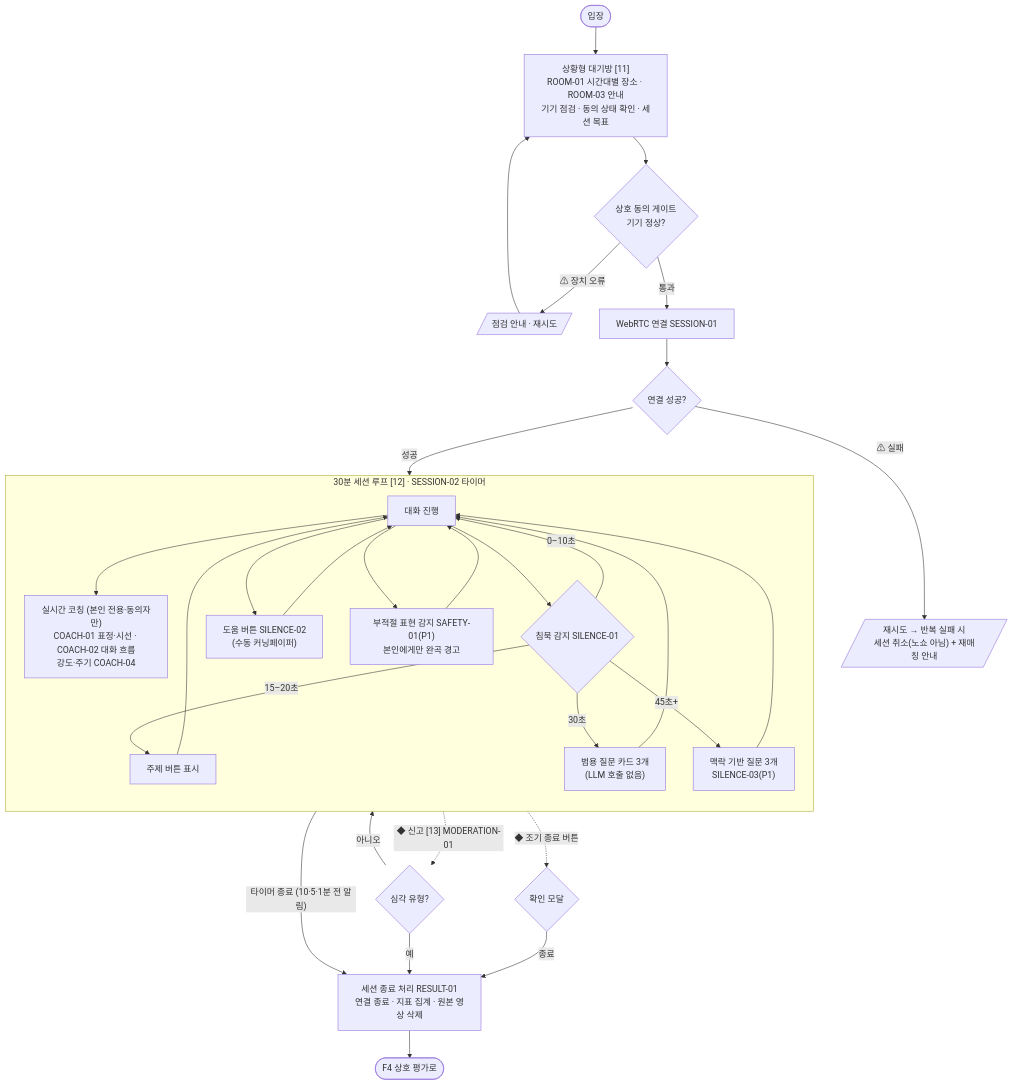
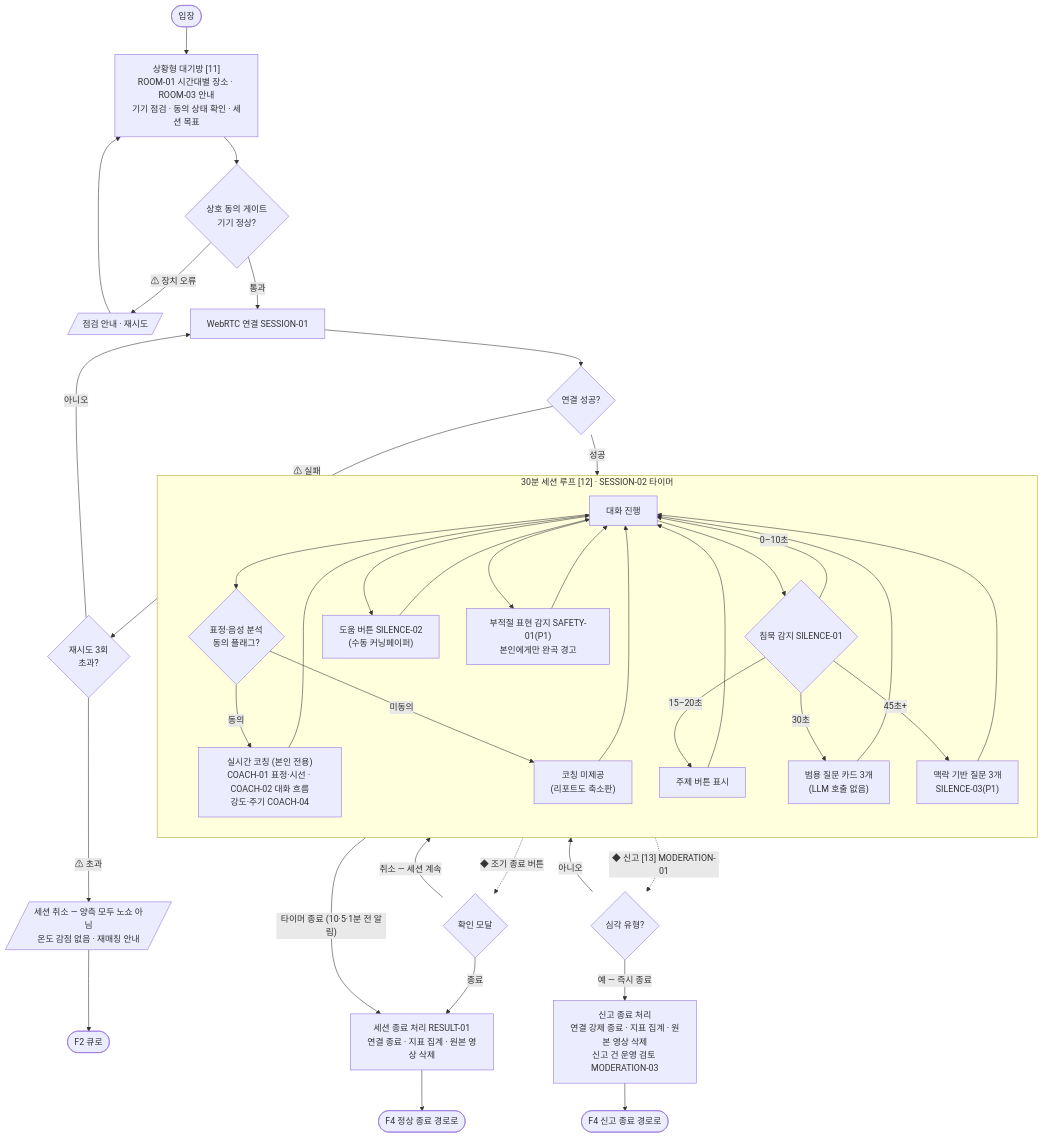
One commit to nenini/tikitaka changed the fourth of 7 diagrams in 기획산출물/유저플로우.md. Above: the diagram before and after it, drawn with Mermaid. The commit also changed other lines of this file, not shown here.

Commit message:
(S15P11A307-236):유저플로우 수정

````diff
--- a/기획산출물/유저플로우.md
+++ b/기획산출물/유저플로우.md
@@ -101,30 +150,40 @@
 ```mermaid
 flowchart TD
     IN([입장]) --> ROOM["상황형 대기방 [11]<br/>ROOM-01 시간대별 장소 · ROOM-03 안내<br/>기기 점검 · 동의 상태 확인 · 세션 목표"]
     ROOM --> GATE{"상호 동의 게이트<br/>기기 정상?"}
     GATE -->|"⚠ 장치 오류"| DEV[/"점검 안내 · 재시도"/] --> ROOM
     GATE -->|통과| RTC["WebRTC 연결 SESSION-01"]
     RTC --> CONN{연결 성공?}
-    CONN -->|"⚠ 실패"| RETRY[/"재시도 → 반복 실패 시<br/>세션 취소(노쇼 아님) + 재매칭 안내"/]
+    CONN -->|"⚠ 실패"| RETRY{"재시도 3회<br/>초과?"}
+    RETRY -->|아니오| RTC
+    RETRY -->|"⚠ 초과"| ABORT[/"세션 취소 — 양측 모두 노쇼 아님<br/>온도 감점 없음 · 재매칭 안내"/]
+    ABORT --> RQ([F2 큐로])
     CONN -->|성공| LIVE
 
     subgraph LIVE["30분 세션 루프 [12] · SESSION-02 타이머"]
         direction TB
-        TALK[대화 진행] --> COACH["실시간 코칭 (본인 전용·동의자만)<br/>COACH-01 표정·시선 · COACH-02 대화 흐름<br/>강도·주기 COACH-04"]
+        TALK[대화 진행] --> CGATE2{"표정·음성 분석<br/>동의 플래그?"}
+        CGATE2 -->|동의| COACH["실시간 코칭 (본인 전용)<br/>COACH-01 표정·시선 · COACH-02 대화 흐름<br/>강도·주기 COACH-04"]
+        CGATE2 -->|미동의| NOCOACH["코칭 미제공<br/>(리포트도 축소판)"]
+        COACH --> TALK
+        NOCOACH --> TALK
         TALK --> SIL{"침묵 감지 SILENCE-01"}
         SIL -->|"0–10초"| TALK
         SIL -->|"15–20초"| TB["주제 버튼 표시"] --> TALK
         SIL -->|"30초"| QC["범용 질문 카드 3개<br/>(LLM 호출 없음)"] --> TALK
         SIL -->|"45초+"| RAGQ["맥락 기반 질문 3개<br/>SILENCE-03(P1)"] --> TALK
         TALK --> HELP["도움 버튼 SILENCE-02<br/>(수동 커닝페이퍼)"] --> TALK
         TALK --> BAD["부적절 표현 감지 SAFETY-01(P1)<br/>본인에게만 완곡 경고"] --> TALK
     end
 
     LIVE -->|"타이머 종료 (10·5·1분 전 알림)"| END
-    LIVE -.->|"◆ 조기 종료 버튼"| CONFIRM{확인 모달} -->|종료| END
+    LIVE -.->|"◆ 조기 종료 버튼"| CONFIRM{확인 모달}
+    CONFIRM -->|"취소 — 세션 계속"| LIVE
+    CONFIRM -->|종료| END
     LIVE -.->|"◆ 신고 [13] MODERATION-01"| REP{심각 유형?}
-    REP -->|예| END
     REP -->|아니오| LIVE
+    REP -->|"예 — 즉시 종료"| ENDR["신고 종료 처리<br/>연결 강제 종료 · 지표 집계 · 원본 영상 삭제<br/>신고 건 운영 검토 MODERATION-03"]
 
-    END["세션 종료 처리 RESULT-01<br/>연결 종료 · 지표 집계 · 원본 영상 삭제"] --> AFTER([F4 상호 평가로])
+    END["세션 종료 처리 RESULT-01<br/>연결 종료 · 지표 집계 · 원본 영상 삭제"] --> AFTER([F4 정상 종료 경로로])
+    ENDR --> AFTERR([F4 신고 종료 경로로])
 ```
````
